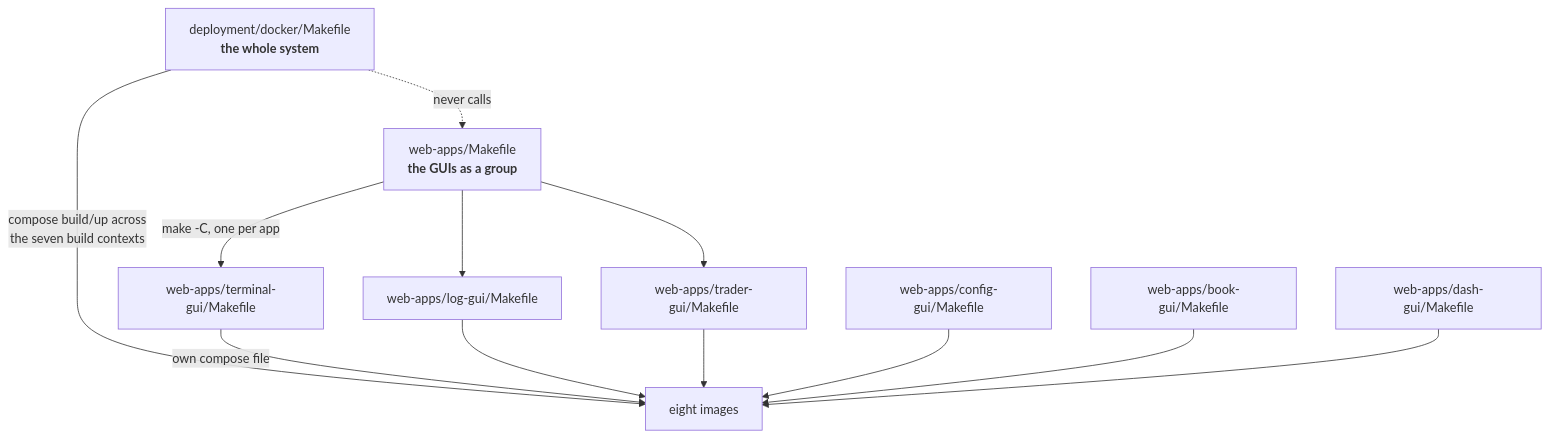
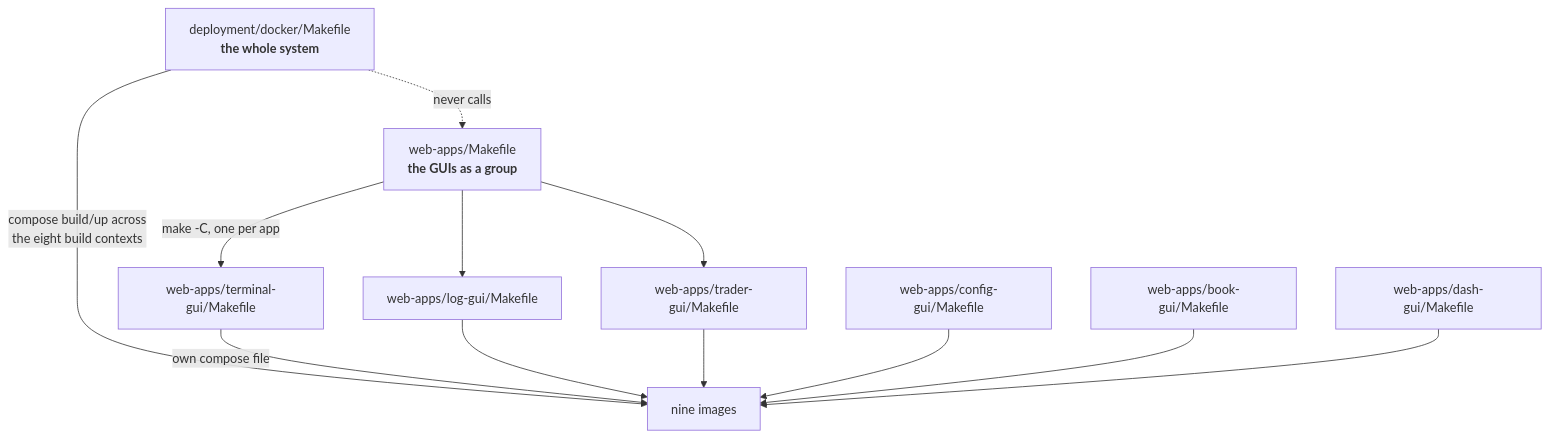
Before and after one commit to johan162/EduMatcher: the second of 8 diagrams in docs/books/architecture-and-development/part-4-developing/050-containers-and-networks.md, drawn with Mermaid. The commit also changed other lines of this file and 40 other files, not shown here.

Commit message:
docs(architecture): verify every chapter against the code; add message-architecture chapter and figures

````diff
--- a/docs/books/architecture-and-development/part-4-developing/050-containers-and-networks.md
+++ b/docs/books/architecture-and-development/part-4-developing/050-containers-and-networks.md
@@ -109,24 +109,24 @@
 ```mermaid
 flowchart TD
     A["deployment/docker/Makefile\n<b>the whole system</b>"]
     B["web-apps/Makefile\n<b>the GUIs as a group</b>"]
     C1["web-apps/terminal-gui/Makefile"]
     C2["web-apps/log-gui/Makefile"]
     C3["web-apps/trader-gui/Makefile"]
     C4["web-apps/config-gui/Makefile"]
     C5["web-apps/book-gui/Makefile"]
     C6["web-apps/dash-gui/Makefile"]
 
-    A -->|"compose build/up across\nthe seven build contexts"| IMGS["eight images"]
+    A -->|"compose build/up across\nthe eight build contexts"| IMGS["nine images"]
     B -->|"make -C, one per app"| C1
     B --> C2
     B --> C3
     C1 -->|"own compose file"| IMGS
     C2 --> IMGS
     C3 --> IMGS
     C4 --> IMGS
     C5 --> IMGS
     C6 --> IMGS
 
     A -.->|"never calls"| B
 ```
````
